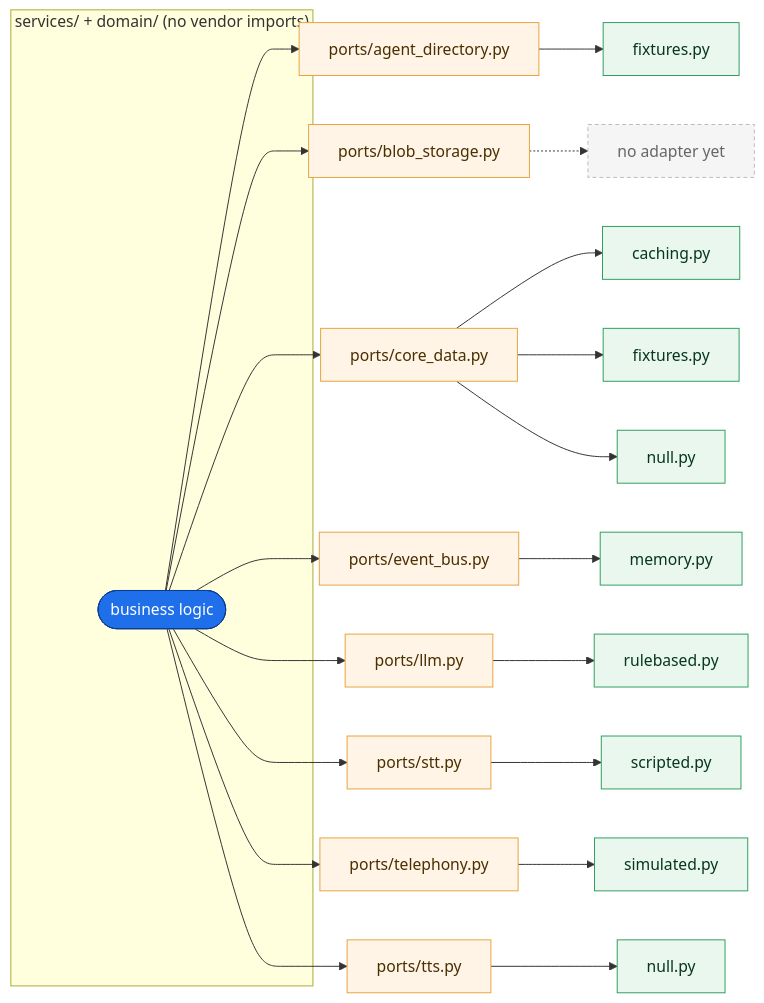
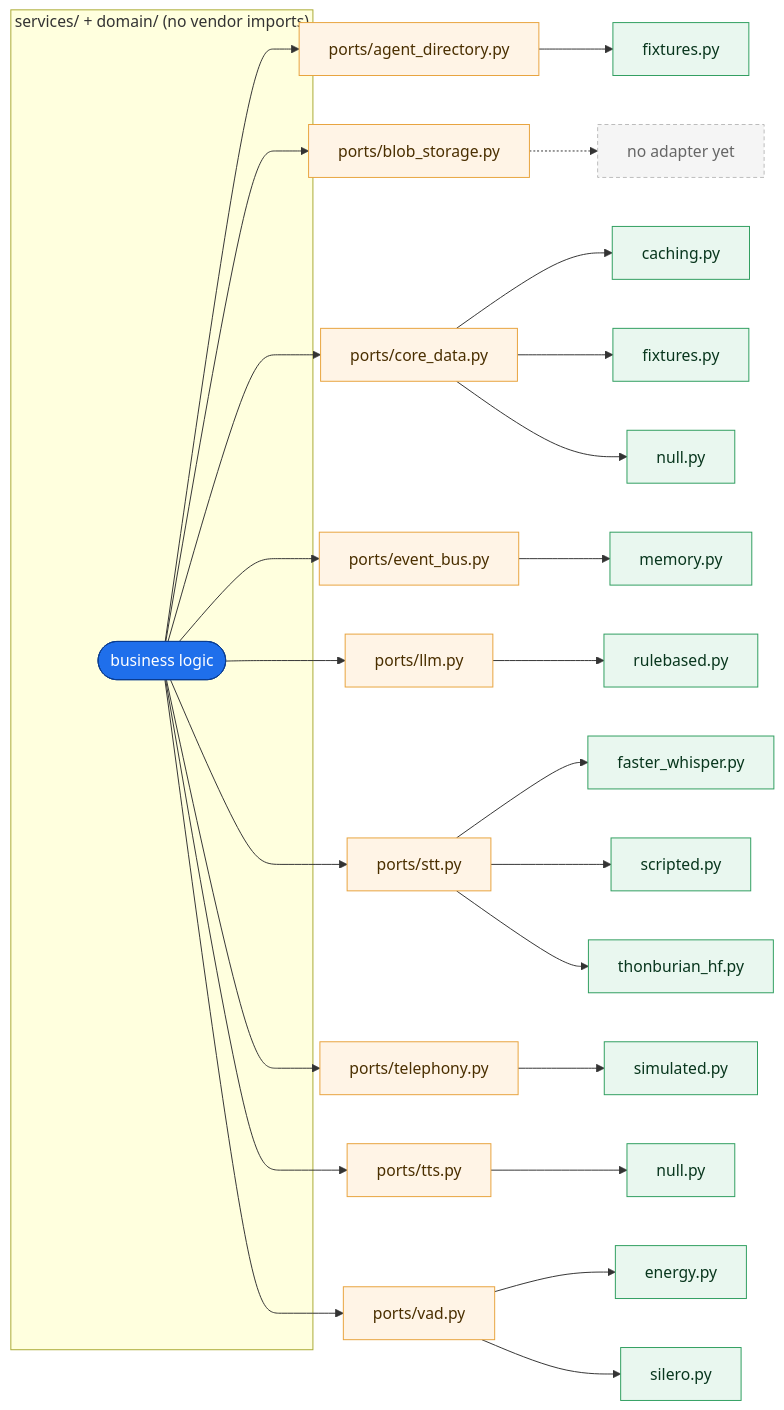
The diagram in docs/diagrams/src/ports_adapters.mmd (anakom-suvonvorn/Krungsri-ReadyCall), drawn with Mermaid before and after one commit. The commit also changed 53 other files, not shown here.

```diff
--- a/docs/diagrams/src/ports_adapters.mmd
+++ b/docs/diagrams/src/ports_adapters.mmd
@@ -1,28 +1,33 @@
 %% GENERATED by scripts/gen_diagrams.py - do not edit by hand.
 %% Source of truth: src/readycall/ports/ + adapters/ on disk
 flowchart LR
     subgraph core["services/ + domain/ (no vendor imports)"]
         logic([business logic]):::core
     end
     logic --> P_agent_directory["ports/agent_directory.py"]:::port
     P_agent_directory --> A_agent_directory_fixtures["fixtures.py"]:::adapter
     logic --> P_blob_storage["ports/blob_storage.py"]:::port
     P_blob_storage -.-> A_blob_storage_none["no adapter yet"]:::todo
     logic --> P_core_data["ports/core_data.py"]:::port
     P_core_data --> A_core_data_caching["caching.py"]:::adapter
     P_core_data --> A_core_data_fixtures["fixtures.py"]:::adapter
     P_core_data --> A_core_data_null["null.py"]:::adapter
     logic --> P_event_bus["ports/event_bus.py"]:::port
     P_event_bus --> A_event_bus_memory["memory.py"]:::adapter
     logic --> P_llm["ports/llm.py"]:::port
     P_llm --> A_llm_rulebased["rulebased.py"]:::adapter
     logic --> P_stt["ports/stt.py"]:::port
+    P_stt --> A_stt_faster_whisper["faster_whisper.py"]:::adapter
     P_stt --> A_stt_scripted["scripted.py"]:::adapter
+    P_stt --> A_stt_thonburian_hf["thonburian_hf.py"]:::adapter
     logic --> P_telephony["ports/telephony.py"]:::port
     P_telephony --> A_telephony_simulated["simulated.py"]:::adapter
     logic --> P_tts["ports/tts.py"]:::port
     P_tts --> A_tts_null["null.py"]:::adapter
+    logic --> P_vad["ports/vad.py"]:::port
+    P_vad --> A_vad_energy["energy.py"]:::adapter
+    P_vad --> A_vad_silero["silero.py"]:::adapter
     classDef core fill:#1f6feb,stroke:#0b3d91,color:#fff
     classDef port fill:#fff4e6,stroke:#e8a33d,color:#4a2f00
     classDef adapter fill:#e9f7ef,stroke:#2f9e5f,color:#08361d
     classDef todo fill:#f5f5f5,stroke:#bbb,color:#666,stroke-dasharray:4 3
```
